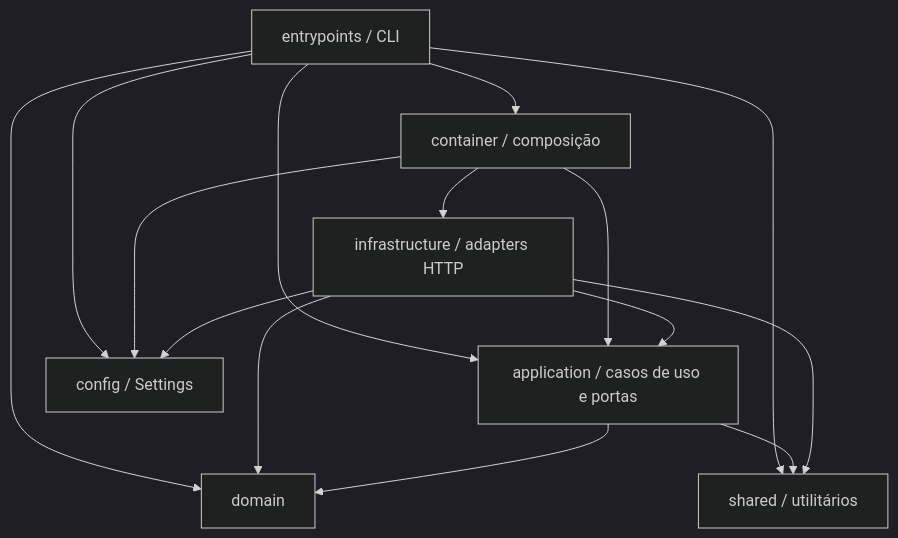
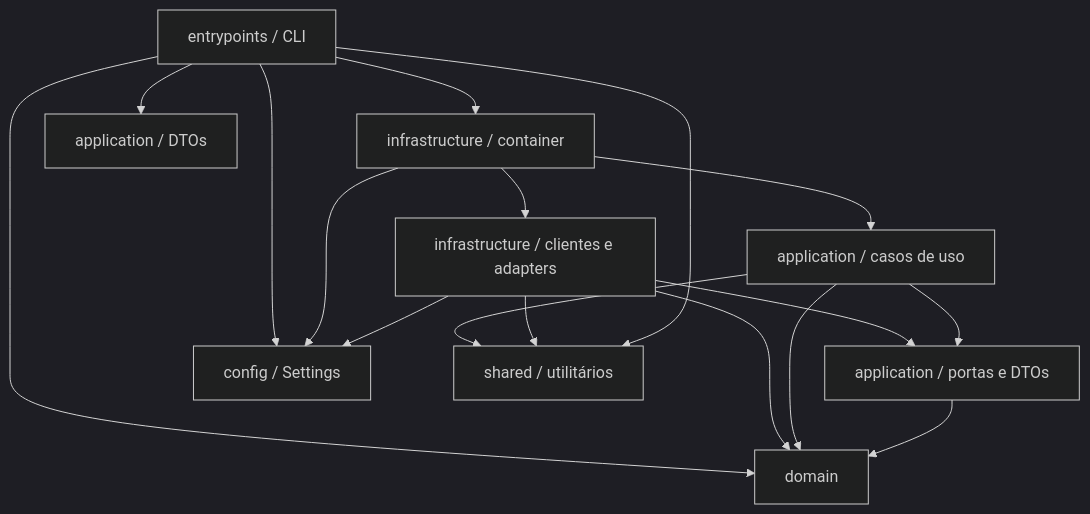
One commit to IMNascimento/VoxRadar_technical_challenges changed the first of 5 diagrams in docs/internals/architecture.md. Above: the diagram before and after it, drawn with Mermaid (dark theme). The commit also changed other lines of this file and 30 other files, not shown here.

````diff
--- a/docs/internals/architecture.md
+++ b/docs/internals/architecture.md
@@ -86,17 +109,19 @@
 ```mermaid
 flowchart TD
-    CLI[entrypoints / CLI] --> Composition[container / composição]
-    CLI --> Application[application / casos de uso e portas]
+    CLI[entrypoints / CLI] --> Container[infrastructure / container]
+    CLI --> Dtos[application / DTOs]
     CLI --> Domain[domain]
-    Composition --> Application
-    Composition --> Infrastructure[infrastructure / adapters HTTP]
-    Infrastructure --> Application
-    Infrastructure --> Domain
-    Application --> Domain
+    Container --> UseCases[application / casos de uso]
+    Container --> Adapters[infrastructure / clientes e adapters]
+    Adapters --> Ports[application / portas e DTOs]
+    Adapters --> Domain
+    UseCases --> Ports
+    UseCases --> Domain
+    Ports --> Domain
     CLI --> Config[config / Settings]
-    Composition --> Config
-    Infrastructure --> Config
-    CLI --> Shared[shared / utilitários]
-    Application --> Shared
-    Infrastructure --> Shared
+    Container --> Config
+    Adapters --> Config
+    UseCases --> Shared[shared / utilitários]
+    Adapters --> Shared
+    CLI --> Shared
 ```
````
